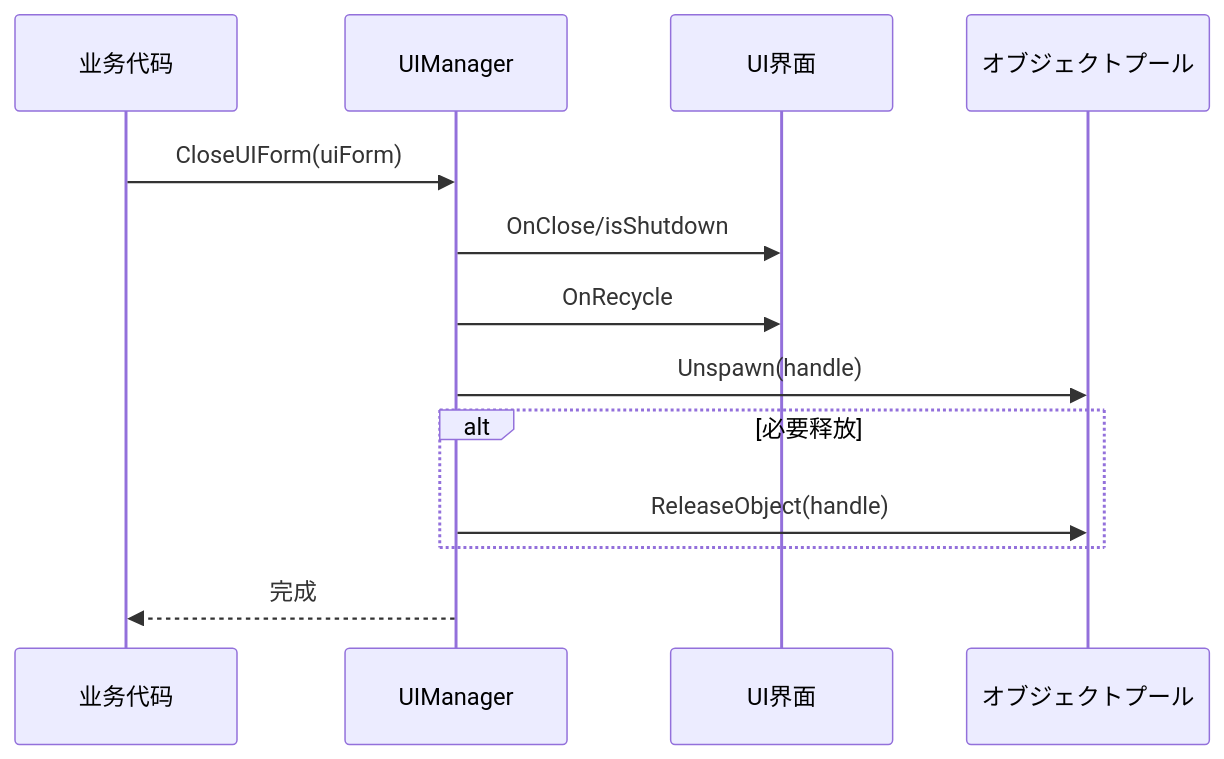
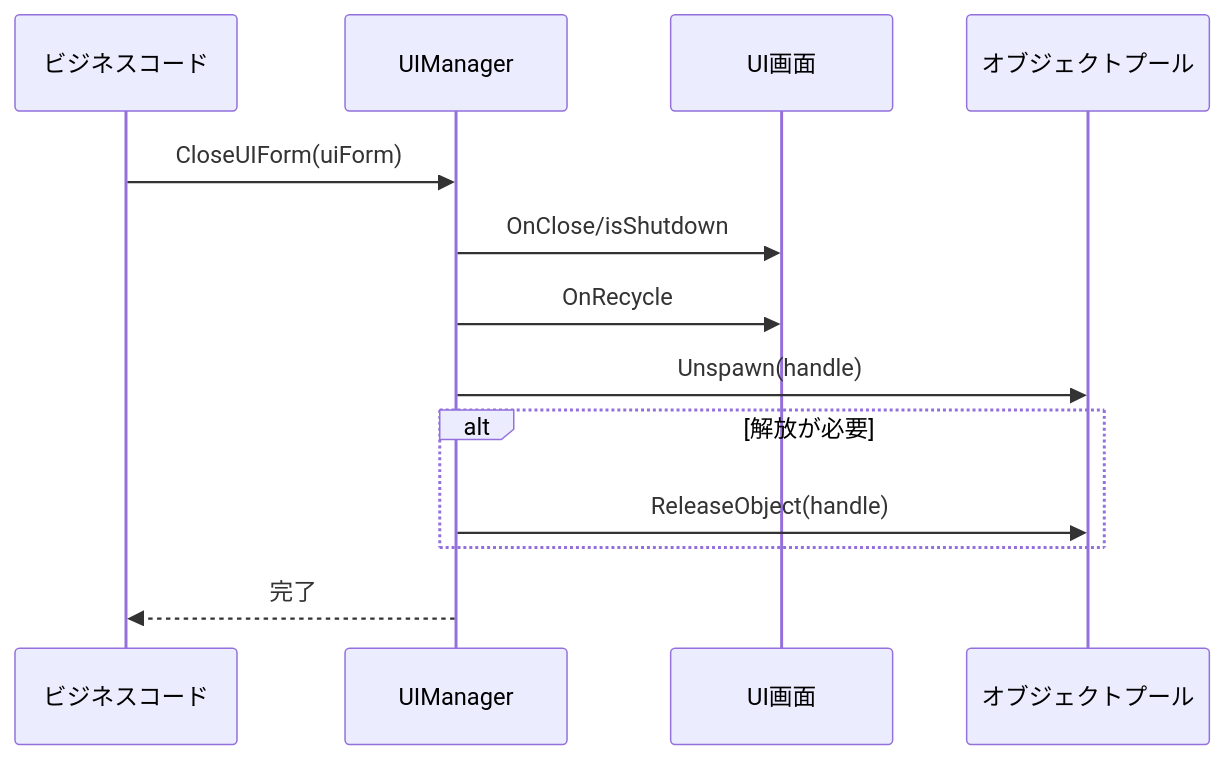
Before and after one commit to AlianBlank/GameFrameX.Docs: the third of 3 diagrams in docs/ja/client/unity/component/ui-ugui/07.ui-manager.md, drawn with Mermaid. The commit also changed other lines of this file and 320 other files, not shown here.

````diff
--- a/docs/ja/client/unity/component/ui-ugui/07.ui-manager.md
+++ b/docs/ja/client/unity/component/ui-ugui/07.ui-manager.md
@@ -121,18 +121,18 @@
 ```mermaid
 sequenceDiagram
-    participant Client as 业务代码
+    participant Client as ビジネスコード
     participant UIManager as UIManager
-    participant UIForm as UI界面
+    participant UIForm as UI画面
     participant Pool as オブジェクトプール
 
     Client->>UIManager: CloseUIForm(uiForm)
     UIManager->>UIForm: OnClose/isShutdown
     UIManager->>UIForm: OnRecycle
     UIManager->>Pool: Unspawn(handle)
-    
-    alt 必要释放
+
+    alt 解放が必要
         UIManager->>Pool: ReleaseObject(handle)
     end
-    
-    UIManager-->>Client: 完成
+
+    UIManager-->>Client: 完了
 ```
````
